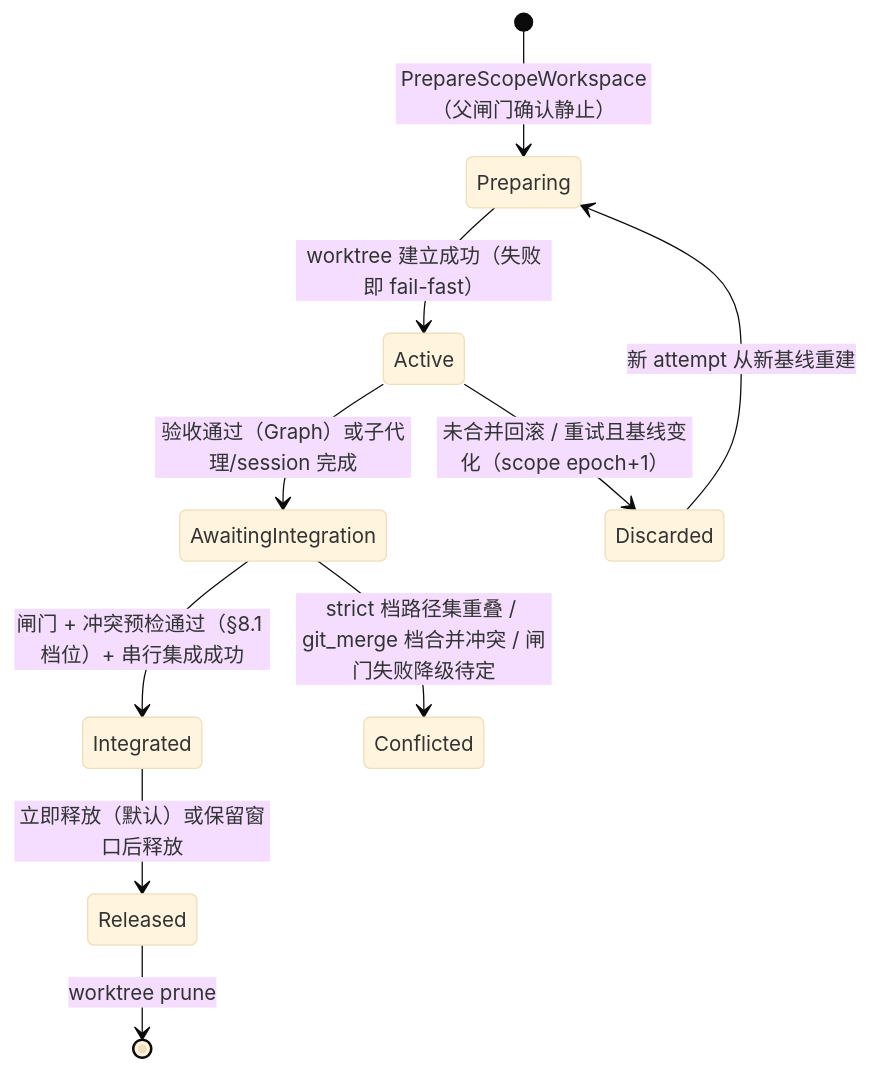
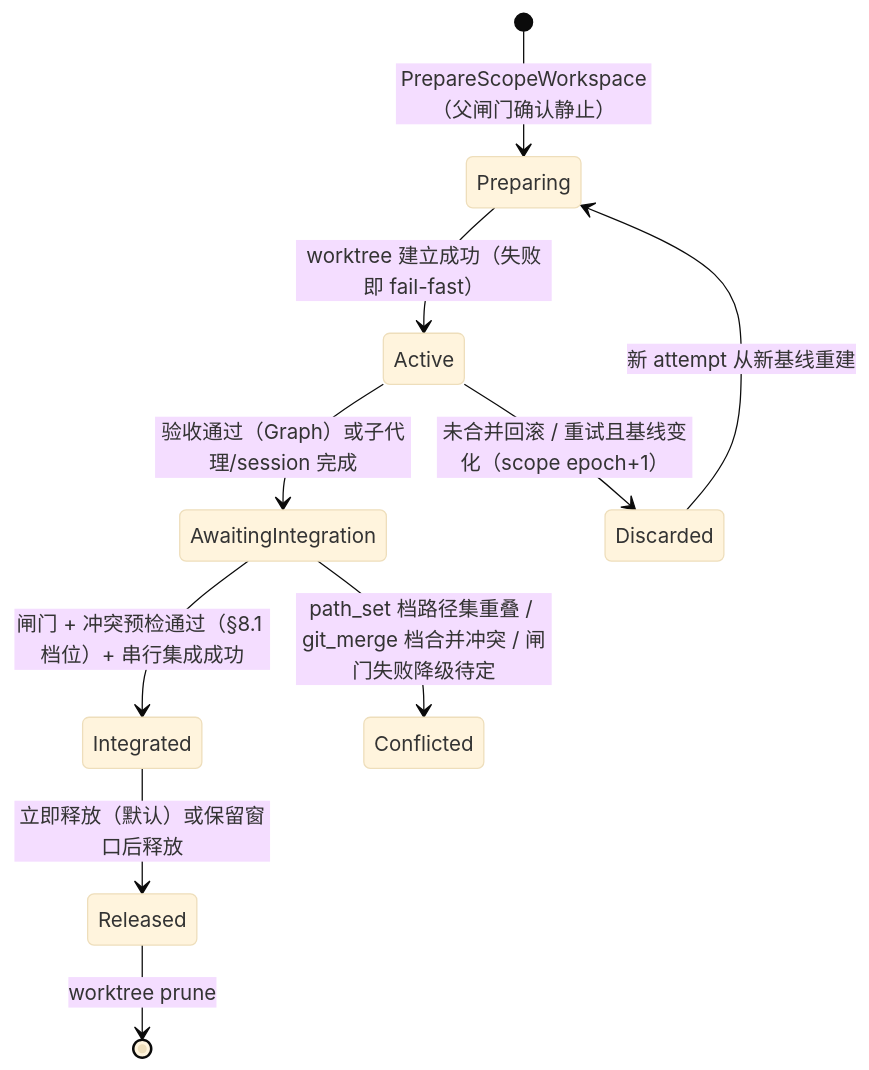
The fourth of 6 diagrams in docs/specs/traceback-workspace-rollback.md (cywang6/axcor), drawn with Mermaid (base theme) before and after one commit. The commit also changed other lines of this file and 3 other files, not shown here.

First line of the commit message:
docs: S0a 二轮评审落档——N1 回滚语义明写、S2w 控制台路由行、path_set 更名与口径修订

````diff
--- a/docs/specs/traceback-workspace-rollback.md
+++ b/docs/specs/traceback-workspace-rollback.md
@@ -273,12 +275,12 @@
 ```mermaid
 stateDiagram-v2
     [*] --> Preparing: PrepareScopeWorkspace（父闸门确认静止）
     Preparing --> Active: worktree 建立成功（失败即 fail-fast）
     Active --> AwaitingIntegration: 验收通过（Graph）或子代理/session 完成
     AwaitingIntegration --> Integrated: 闸门 + 冲突预检通过（§8.1 档位）+ 串行集成成功
-    AwaitingIntegration --> Conflicted: strict 档路径集重叠 / git_merge 档合并冲突 / 闸门失败降级待定
+    AwaitingIntegration --> Conflicted: path_set 档路径集重叠 / git_merge 档合并冲突 / 闸门失败降级待定
     Integrated --> Released: 立即释放（默认）或保留窗口后释放
     Active --> Discarded: 未合并回滚 / 重试且基线变化（scope epoch+1）
     Released --> [*]: worktree prune
     Discarded --> Preparing: 新 attempt 从新基线重建
 ```
````
